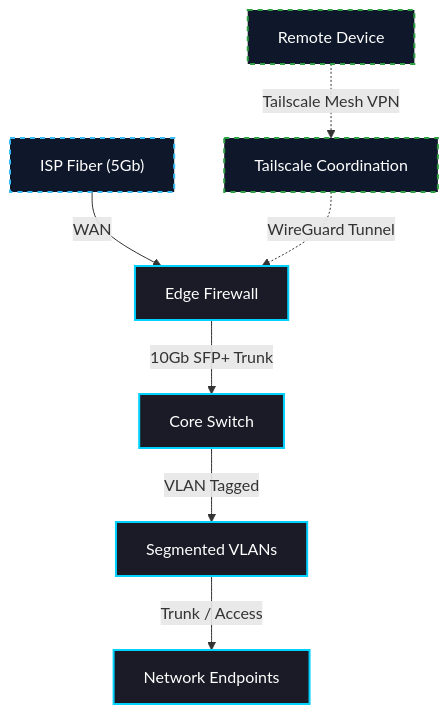
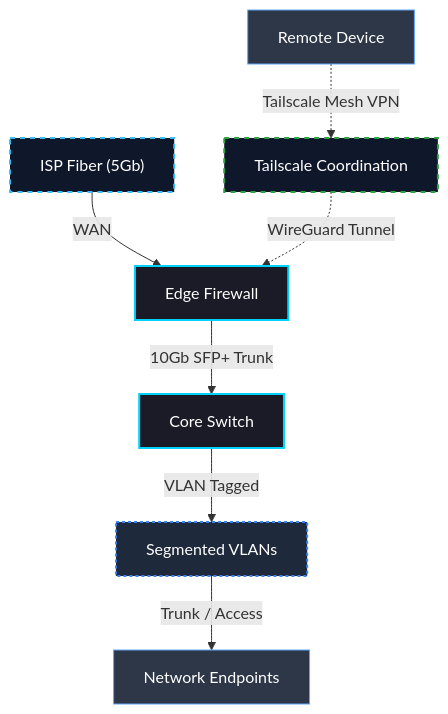
The first of 2 diagrams in README.md (gurvinny/home-network-lab), drawn with Mermaid before and after one commit. The commit also changed other lines of this file and 4 other files, not shown here.

First line of the commit message:
docs: standardise mermaid theme — universal class names and consistent hex values

````diff
--- a/README.md
+++ b/README.md
@@ -31,14 +31,16 @@
 ```mermaid
 graph TD
     %% Cyber Sec Grey/Blue Theme
-    classDef hardware fill:#1a1b26,stroke:#00d2ff,stroke-width:2px,color:#ffffff;
-    classDef cloud fill:#0f172a,stroke:#38bdf8,stroke-width:2px,color:#ffffff,stroke-dasharray: 5 5;
+    classDef internet fill:#0f172a,stroke:#38bdf8,stroke-width:2px,color:#ffffff,stroke-dasharray: 5 5;
+    classDef firewall fill:#1a1b26,stroke:#00d2ff,stroke-width:2px,color:#ffffff;
+    classDef device fill:#2d3748,stroke:#60a5fa,stroke-width:1px,color:#ffffff;
+    classDef vlan fill:#1e293b,stroke:#3b82f6,stroke-width:2px,stroke-dasharray: 3 3,color:#ffffff;
     classDef vpn fill:#0f172a,stroke:#2ea043,stroke-width:2px,color:#ffffff,stroke-dasharray: 5 5;
 
-    ISP["ISP Fiber (5Gb)"]:::cloud -->|"WAN"| FW["Edge Firewall"]:::hardware
-    Remote["Remote Device"]:::vpn -.->|"Tailscale Mesh VPN"| TS["Tailscale Coordination"]:::vpn
+    ISP["ISP Fiber (5Gb)"]:::internet -->|"WAN"| FW["Edge Firewall"]:::firewall
+    Remote["Remote Device"]:::device -.->|"Tailscale Mesh VPN"| TS["Tailscale Coordination"]:::vpn
     TS -.->|"WireGuard Tunnel"| FW
-    FW -->|"10Gb SFP+ Trunk"| SW["Core Switch"]:::hardware
-    SW -->|"VLAN Tagged"| VLANs["Segmented VLANs"]:::hardware
-    VLANs -->|"Trunk / Access"| Clients["Network Endpoints"]:::hardware
+    FW -->|"10Gb SFP+ Trunk"| SW["Core Switch"]:::firewall
+    SW -->|"VLAN Tagged"| VLANs["Segmented VLANs"]:::vlan
+    VLANs -->|"Trunk / Access"| Clients["Network Endpoints"]:::device
 ```
````
